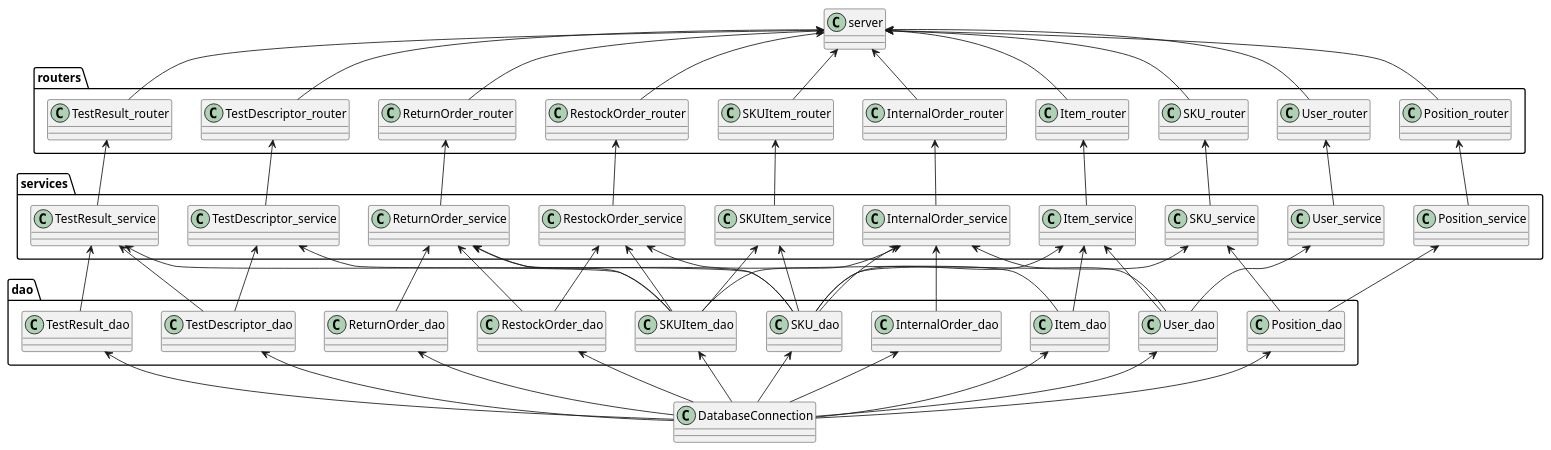
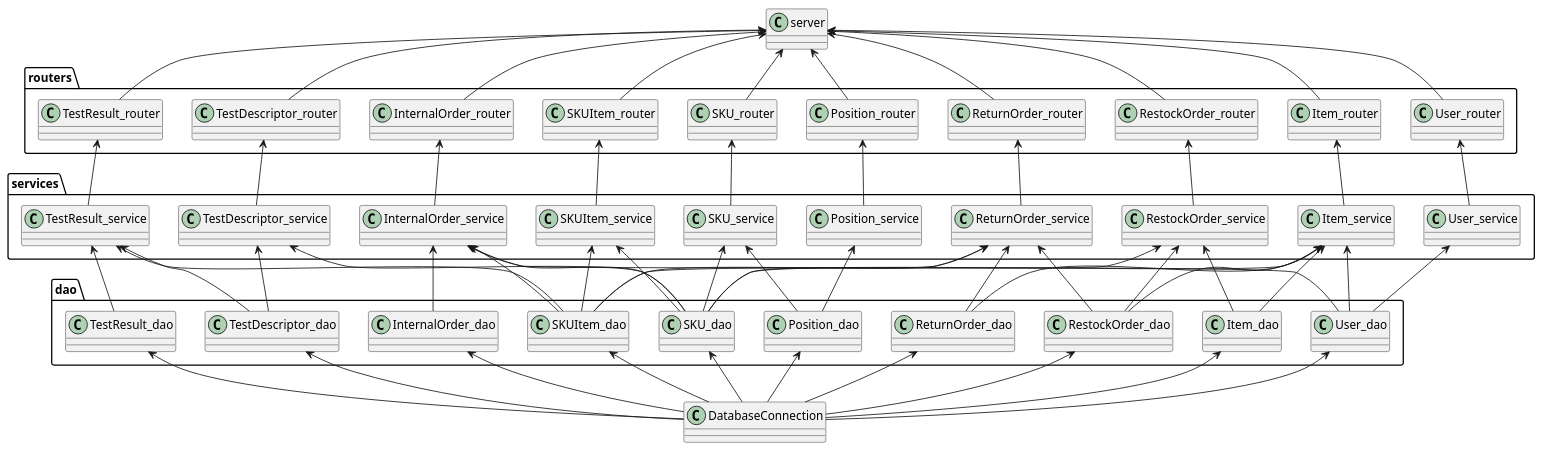
One commit to giuseppe-dandrea/EzWh changed the diagram in ApiTestReport.md. Above: the diagram before and after it, drawn with PlantUML. The commit also changed 2 other files, not shown here.

Commit message:
Fixed documents for change1

```diff
--- a/ApiTestReport.md
+++ b/ApiTestReport.md
@@ -94,6 +94,8 @@
 Item_service <-- Item_dao
 Item_service <-- SKU_dao
 Item_service <-- User_dao
+Item_service <-- RestockOrder_dao
+Item_service <-- ReturnOrder_dao
 Position_service <-- Position_dao
 RestockOrder_service <-- RestockOrder_dao
 RestockOrder_service <-- Item_dao
```
